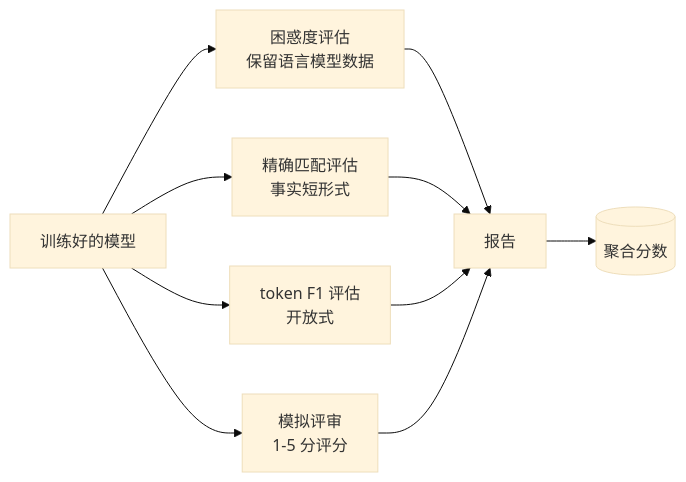
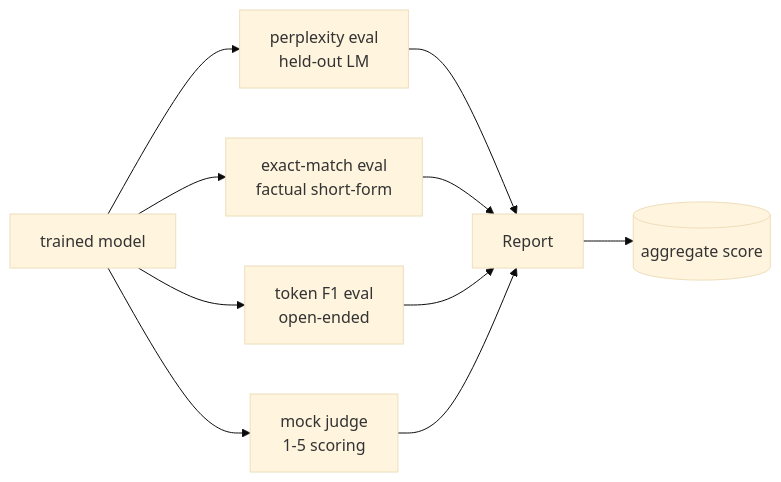
The first of 3 diagrams in i18n/zh/phases/19-capstone-projects/41-eval-pipeline/docs/zh.md (xiaojiaenen/ai-engineering-from-scratch-zh), drawn with Mermaid (base theme) before and after one commit. The commit also changed other lines of this file and 85 other files, not shown here.

````diff
--- a/i18n/zh/phases/19-capstone-projects/41-eval-pipeline/docs/zh.md
+++ b/i18n/zh/phases/19-capstone-projects/41-eval-pipeline/docs/zh.md
@@ -28,12 +28,12 @@
 ```mermaid
 flowchart LR
-  Model[训练好的模型] --> PPL[困惑度评估<br/>保留语言模型数据]
-  Model --> EM[精确匹配评估<br/>事实短形式]
-  Model --> F1[token F1 评估<br/>开放式]
-  Model --> J[模拟评审<br/>1-5 分评分]
-  PPL --> R[报告]
+  Model[trained model] --> PPL[perplexity eval<br/>held-out LM]
+  Model --> EM[exact-match eval<br/>factual short-form]
+  Model --> F1[token F1 eval<br/>open-ended]
+  Model --> J[mock judge<br/>1-5 scoring]
+  PPL --> R[Report]
   EM --> R
   F1 --> R
   J --> R
-  R --> A[(聚合分数)]
+  R --> A[(aggregate score)]
 ```
````
